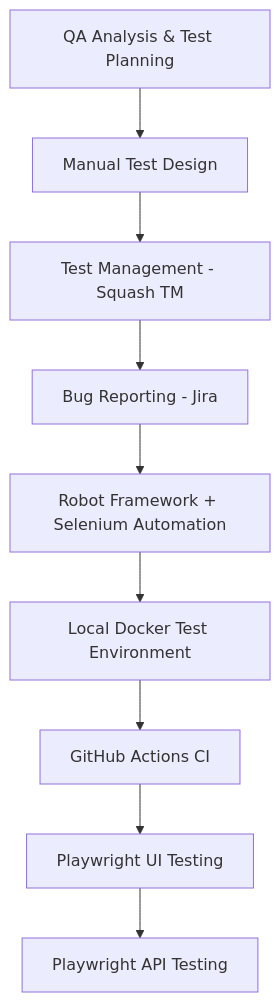
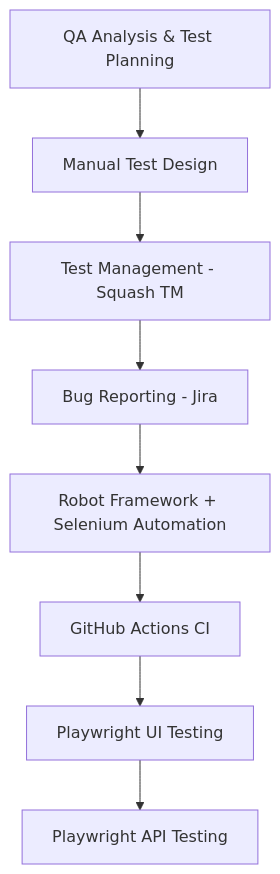
The diagram in web-accessibility-qa-portfolio/README.md (Laura1385/quality_assurance_portfolio), drawn with Mermaid before and after one commit. The commit also changed 1 other file, not shown here.

Commit message:
Refine project documentation and roadmap

````diff
--- a/web-accessibility-qa-portfolio/README.md
+++ b/web-accessibility-qa-portfolio/README.md
@@ -58,20 +60,18 @@
 ```mermaid
 flowchart TD
 
     A[QA Analysis & Test Planning]
     --> B[Manual Test Design]
 
     B --> C[Test Management - Squash TM]
 
     C --> D[Bug Reporting - Jira]
 
     D --> E[Robot Framework + Selenium Automation]
 
-    E --> F[Local Docker Test Environment]
+    E --> F[GitHub Actions CI]
 
-    F --> G[GitHub Actions CI]
+    F --> G[Playwright UI Testing]
 
-    G --> H[Playwright UI Testing]
-
-    H --> I[Playwright API Testing]
+    G --> H[Playwright API Testing]
 ```
````
